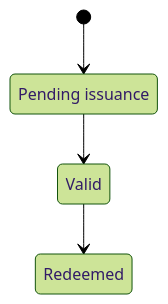
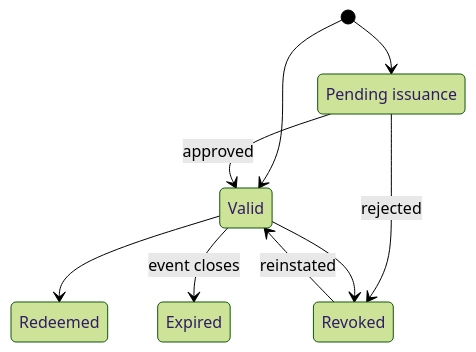
The diagram in doc/diagrams/v1/05-ticket-states.mmd (kreativesahara/ticket), drawn with Mermaid (forest theme) before and after one commit. The commit also changed 35 other files, not shown here.

Commit message:
docs: add architecture diagrams, state machines, and documentation files

```diff
--- a/doc/diagrams/v1/05-ticket-states.mmd
+++ b/doc/diagrams/v1/05-ticket-states.mmd
@@ -1,5 +1,10 @@
 stateDiagram-v2
     PendingIssuance : Pending issuance
     [*] --> PendingIssuance
-    PendingIssuance --> Valid
+    [*] --> Valid
+    PendingIssuance --> Valid : approved
+    PendingIssuance --> Revoked : rejected
     Valid --> Redeemed
+    Valid --> Revoked
+    Revoked --> Valid : reinstated
+    Valid --> Expired : event closes
```
